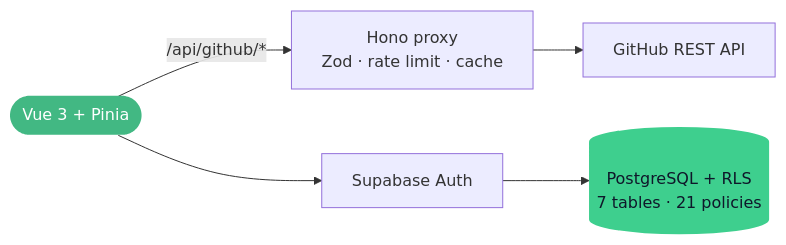
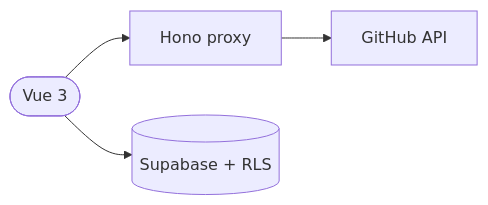
The second of 5 diagrams in README.md (yesterdaygrace/yesterdaygrace), drawn with Mermaid before and after one commit. The commit also changed other lines of this file, not shown here.

````diff
--- a/README.md
+++ b/README.md
@@ -176,9 +101,5 @@
 ```mermaid
 flowchart LR
-    A([Vue 3 + Pinia]) -->|/api/github/*| B[Hono proxy<br/>Zod · rate limit · cache]
-    B --> G[GitHub REST API]
-    A --> C[Supabase Auth]
-    C --> D[(PostgreSQL + RLS<br/>7 tables · 21 policies)]
-    style A fill:#42b883,color:#fff,stroke:none
-    style D fill:#3ECF8E,color:#0f172a,stroke:none
+    A([Vue 3]) --> B[Hono proxy] --> G[GitHub API]
+    A --> C[(Supabase + RLS)]
 ```
````
